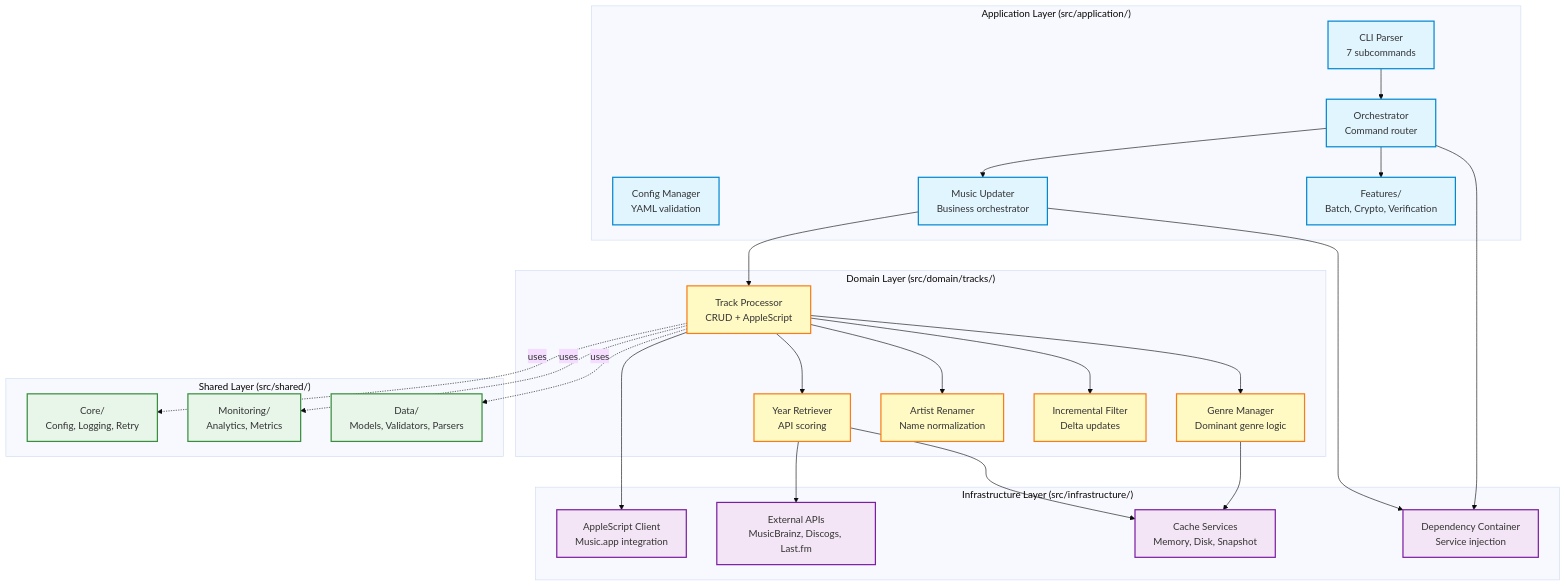
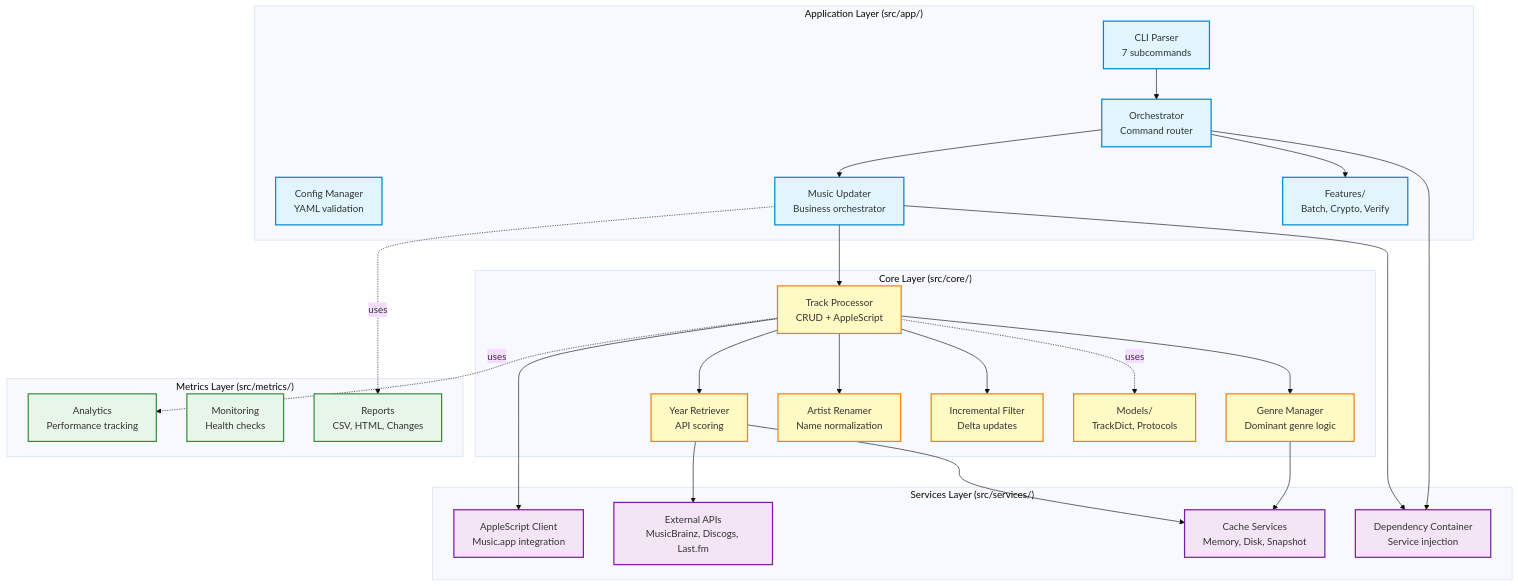
One commit to barad1tos/GenreUpdater changed the diagram in README.md. Above: the diagram before and after it, drawn with Mermaid (base theme). The commit also changed other lines of this file, not shown here.

First line of the commit message:
docs(readme): align architecture with codebase

````diff
--- a/README.md
+++ b/README.md
@@ -66,57 +66,58 @@
 ```mermaid
 graph TD
-    subgraph Application["Application Layer (src/application/)"]
+    subgraph App["Application Layer (src/app/)"]
         CLI[CLI Parser<br/>7 subcommands]
         Orchestrator[Orchestrator<br/>Command router]
         Config[Config Manager<br/>YAML validation]
         MusicUpdater[Music Updater<br/>Business orchestrator]
-        Features[Features/<br/>Batch, Crypto, Verification]
+        Features[Features/<br/>Batch, Crypto, Verify]
     end
 
-    subgraph Domain["Domain Layer (src/domain/tracks/)"]
+    subgraph Core["Core Layer (src/core/)"]
         TrackProcessor[Track Processor<br/>CRUD + AppleScript]
         GenreManager[Genre Manager<br/>Dominant genre logic]
         YearRetriever[Year Retriever<br/>API scoring]
         ArtistRenamer[Artist Renamer<br/>Name normalization]
         IncrementalFilter[Incremental Filter<br/>Delta updates]
+        Models[Models/<br/>TrackDict, Protocols]
     end
 
-    subgraph Infrastructure["Infrastructure Layer (src/infrastructure/)"]
+    subgraph Services["Services Layer (src/services/)"]
         AppleScript[AppleScript Client<br/>Music.app integration]
         APIs[External APIs<br/>MusicBrainz, Discogs, Last.fm]
         Cache[Cache Services<br/>Memory, Disk, Snapshot]
         DI[Dependency Container<br/>Service injection]
     end
 
-    subgraph Shared["Shared Layer (src/shared/)"]
-        Core[Core/<br/>Config, Logging, Retry]
-        Monitoring[Monitoring/<br/>Analytics, Metrics]
-        Data[Data/<br/>Models, Validators, Parsers]
+    subgraph Metrics["Metrics Layer (src/metrics/)"]
+        Analytics[Analytics<br/>Performance tracking]
+        Monitoring[Monitoring<br/>Health checks]
+        Reports[Reports<br/>CSV, HTML, Changes]
     end
 
     CLI --> Orchestrator
     Orchestrator --> MusicUpdater
     Orchestrator --> Features
     MusicUpdater --> TrackProcessor
     TrackProcessor --> GenreManager
     TrackProcessor --> YearRetriever
     TrackProcessor --> ArtistRenamer
     TrackProcessor --> IncrementalFilter
     GenreManager --> Cache
     YearRetriever --> APIs
     YearRetriever --> Cache
     TrackProcessor --> AppleScript
     Orchestrator --> DI
     MusicUpdater --> DI
-    TrackProcessor -. uses .-> Core
-    TrackProcessor -. uses .-> Monitoring
-    TrackProcessor -. uses .-> Data
+    TrackProcessor -. uses .-> Models
+    TrackProcessor -. uses .-> Analytics
+    MusicUpdater -. uses .-> Reports
     classDef appLayer fill:#e1f5ff,stroke:#0288d1,stroke-width:2px
-    classDef domainLayer fill:#fff9c4,stroke:#f57f17,stroke-width:2px
-    classDef infraLayer fill:#f3e5f5,stroke:#7b1fa2,stroke-width:2px
-    classDef sharedLayer fill:#e8f5e9,stroke:#388e3c,stroke-width:2px
+    classDef coreLayer fill:#fff9c4,stroke:#f57f17,stroke-width:2px
+    classDef servicesLayer fill:#f3e5f5,stroke:#7b1fa2,stroke-width:2px
+    classDef metricsLayer fill:#e8f5e9,stroke:#388e3c,stroke-width:2px
     class CLI,Orchestrator,Config,MusicUpdater,Features appLayer
-    class TrackProcessor,GenreManager,YearRetriever,ArtistRenamer,IncrementalFilter domainLayer
-    class AppleScript,APIs,Cache,DI infraLayer
-    class Core,Monitoring,Data sharedLayer
+    class TrackProcessor,GenreManager,YearRetriever,ArtistRenamer,IncrementalFilter,Models coreLayer
+    class AppleScript,APIs,Cache,DI servicesLayer
+    class Analytics,Monitoring,Reports metricsLayer
 ```
````
